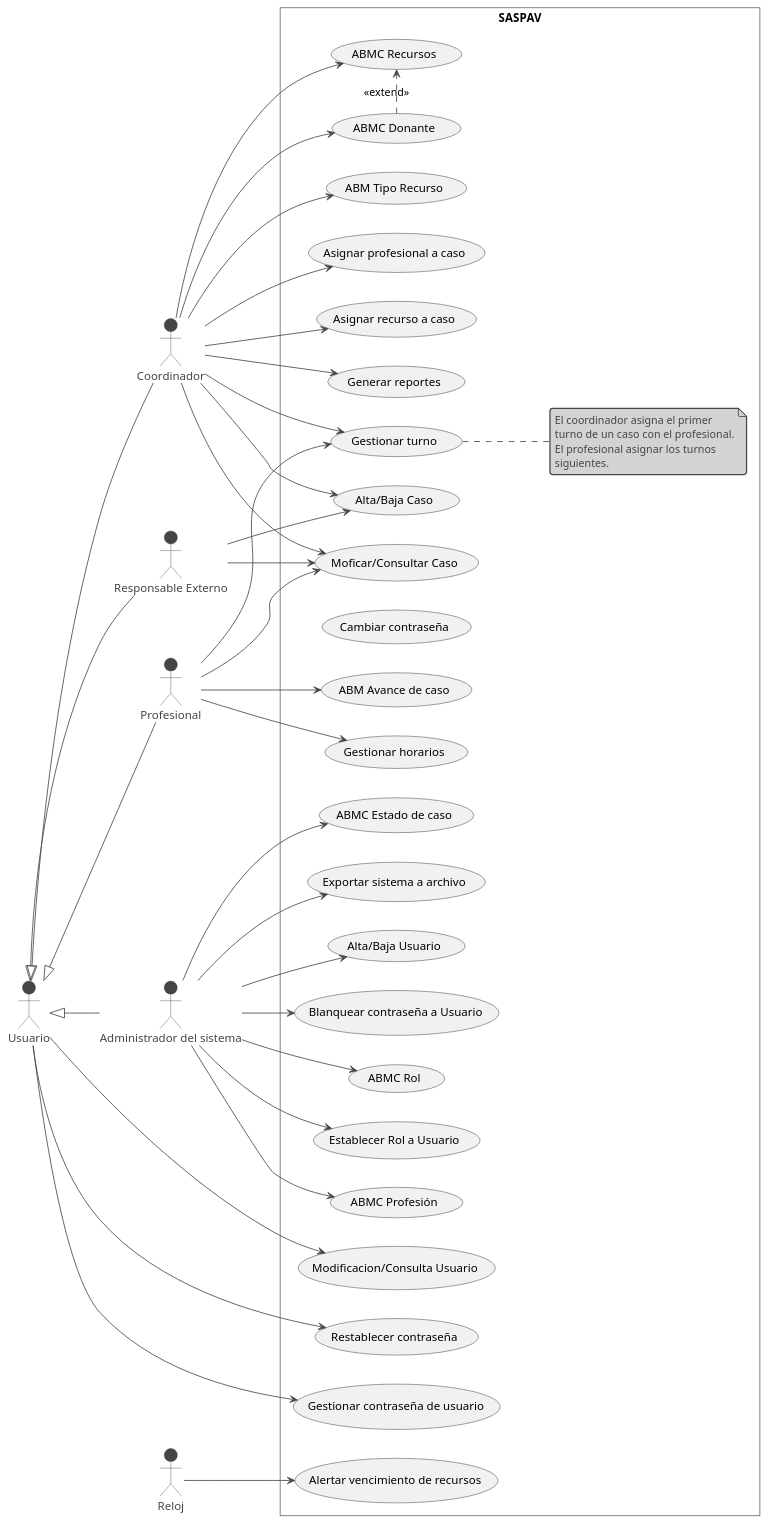
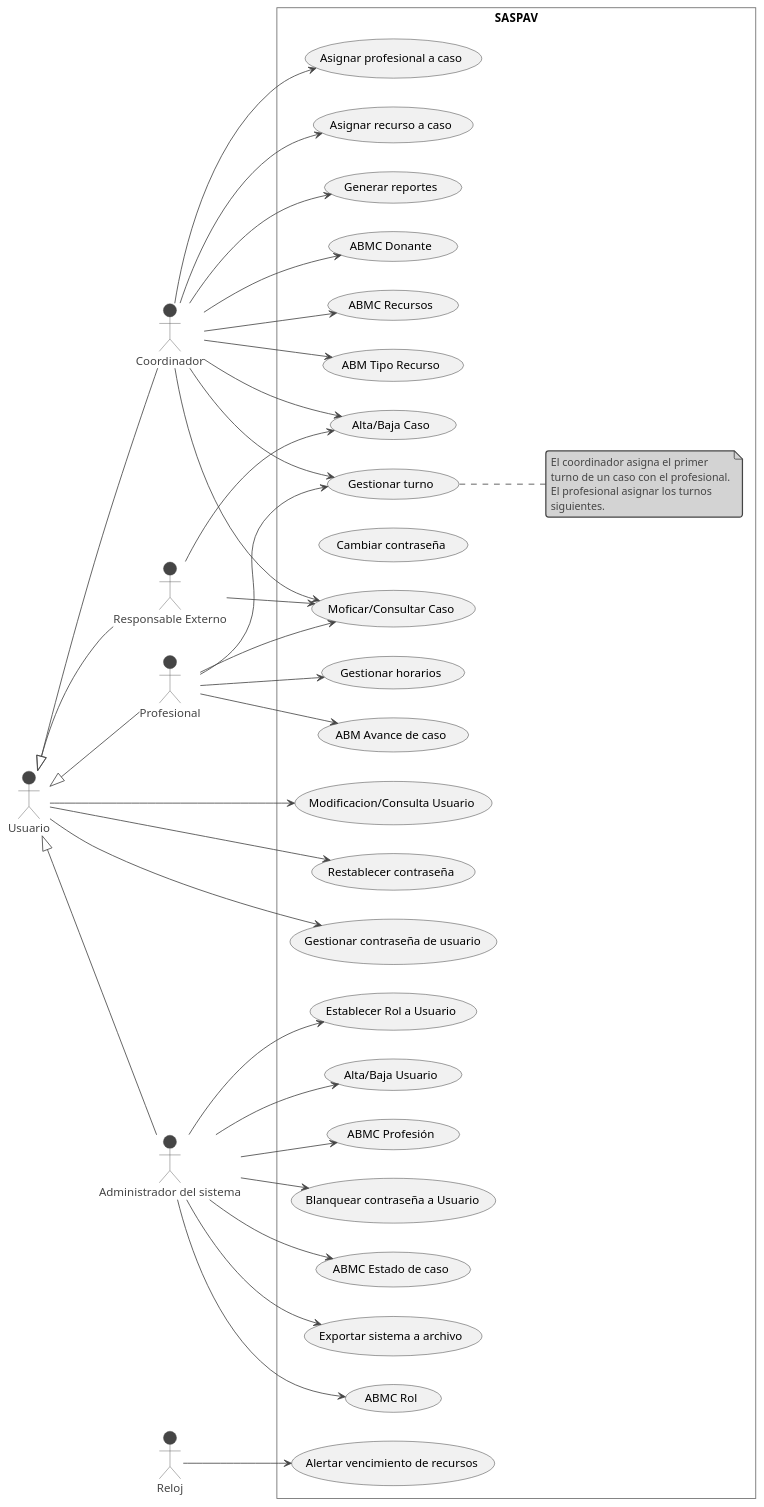
Before and after one commit to MDKi/saspav: the diagram in docs/diagramas/mcu.puml, drawn with PlantUML. The commit also changed 1 other file, not shown here.

```diff
--- a/docs/diagramas/mcu.puml
+++ b/docs/diagramas/mcu.puml
@@ -1,98 +1,98 @@
 @startuml CasosUso
 
 !theme vibrant
 skinparam monochrome true
 
 skinparam style strictuml
 left to right direction
 
 ' -----------------
 ' | Actores       |
 ' -----------------
 
 actor "Usuario" as usuario
 
 actor Coordinador as coord
 actor Profesional as pro
 actor "Responsable Externo" as eti
 actor "Administrador del sistema" as admin
 actor "Reloj" as reloj
 ' coord --|> usuario
 ' pro --|> usuario
 ' eti --|> usuario
 ' admin --|> usuario
 usuario <|-- coord
 usuario <|-- pro
 usuario <|-- eti
 usuario <|-- admin
 
 ' -----------------
 ' | Casos de uso  |
 ' -----------------
 rectangle SASPAV {
 (Gestionar turno) as abmturno
 (Alta/Baja Caso) as abcaso
 (Moficar/Consultar Caso) as mccaso
 (Alta/Baja Usuario) as altabajausuario
 (Modificacion/Consulta Usuario) as modificacionconsulta
 (ABMC Donante) as abmcdonante
 (Blanquear contraseña a Usuario) as blanquearcontraseña
 (Restablecer contraseña) as restablecercontraseña
 (Cambiar contraseña) as cambiarcontraseña
 (Gestionar contraseña de usuario) as gestionarcontraseña
 (ABMC Recursos) as abmcrecursos
 (ABM Tipo Recurso) as tiporecurso
 
 pro --> abmturno
 coord --> abmturno
 coord --> abmcdonante
 pro --> mccaso
 pro --> (ABM Avance de caso)
 pro --> (Gestionar horarios)
 coord --> abcaso
 coord --> mccaso
 coord --> tiporecurso
 eti --> abcaso
 eti --> mccaso
 coord --> (Asignar profesional a caso)
 coord --> (Asignar recurso a caso)
 coord --> abmcrecursos
 coord --> (Generar reportes)
 
 admin --> (ABMC Rol)
 admin --> blanquearcontraseña
 admin --> altabajausuario
 admin --> (Establecer Rol a Usuario)
 admin --> (ABMC Profesión)
 admin --> (ABMC Estado de caso)
 admin --> (Exportar sistema a archivo)
 ' admin --> (Restablecer sistema desde archivo)
 
 usuario --> restablecercontraseña
 usuario --> modificacionconsulta
 usuario --> gestionarcontraseña
 
 reloj --> (Alertar vencimiento de recursos)
 
 ' altausuario .> blanquearcontraseña: "<<include>>"
-abmcdonante .> abmcrecursos: "<<extend>>"
+' abmcdonante .> abmcrecursos: "<<extend>>"
 
 ' remove blanquearcontraseña
 ' remove restablecercontraseña
 ' remove cambiarcontraseña
 
 ' -----------------
 ' | Notas         |
 ' -----------------
 
 note as notaturno
 El coordinador asigna el primer
 turno de un caso con el profesional.
 El profesional asignar los turnos
 siguientes.
 end note
 abmturno .. notaturno
 
 }
 
 @enduml
```
